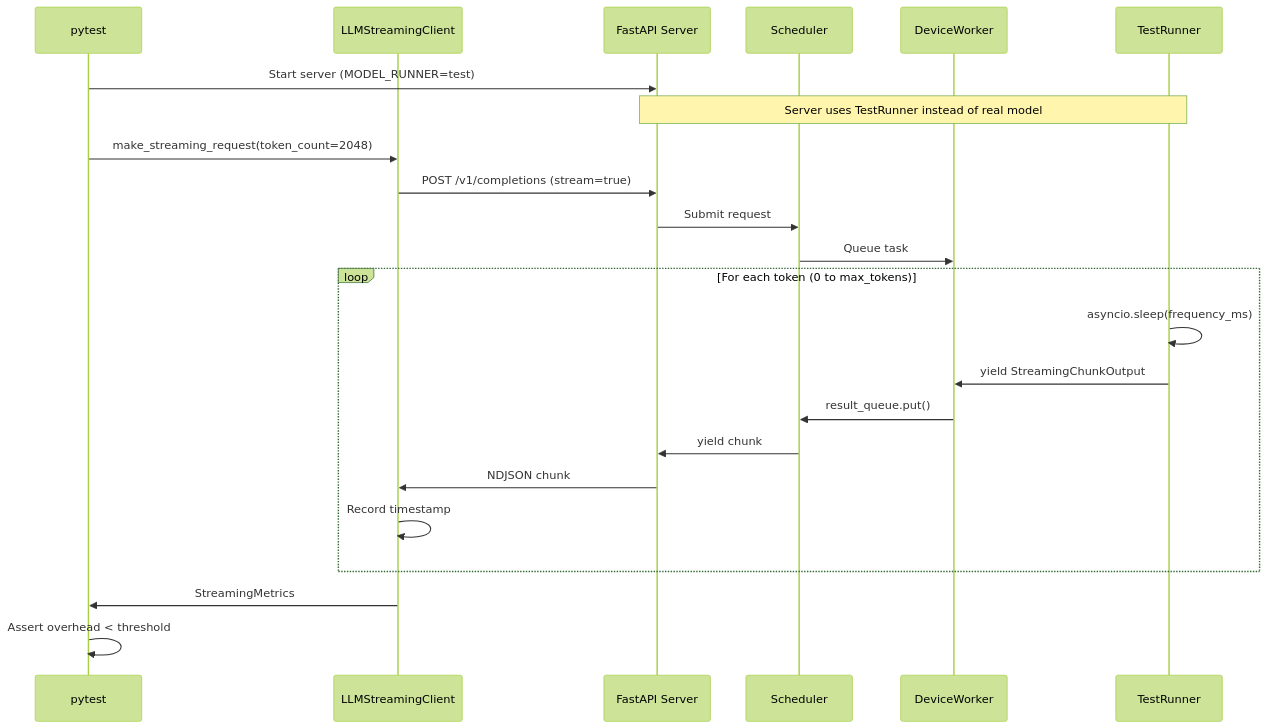
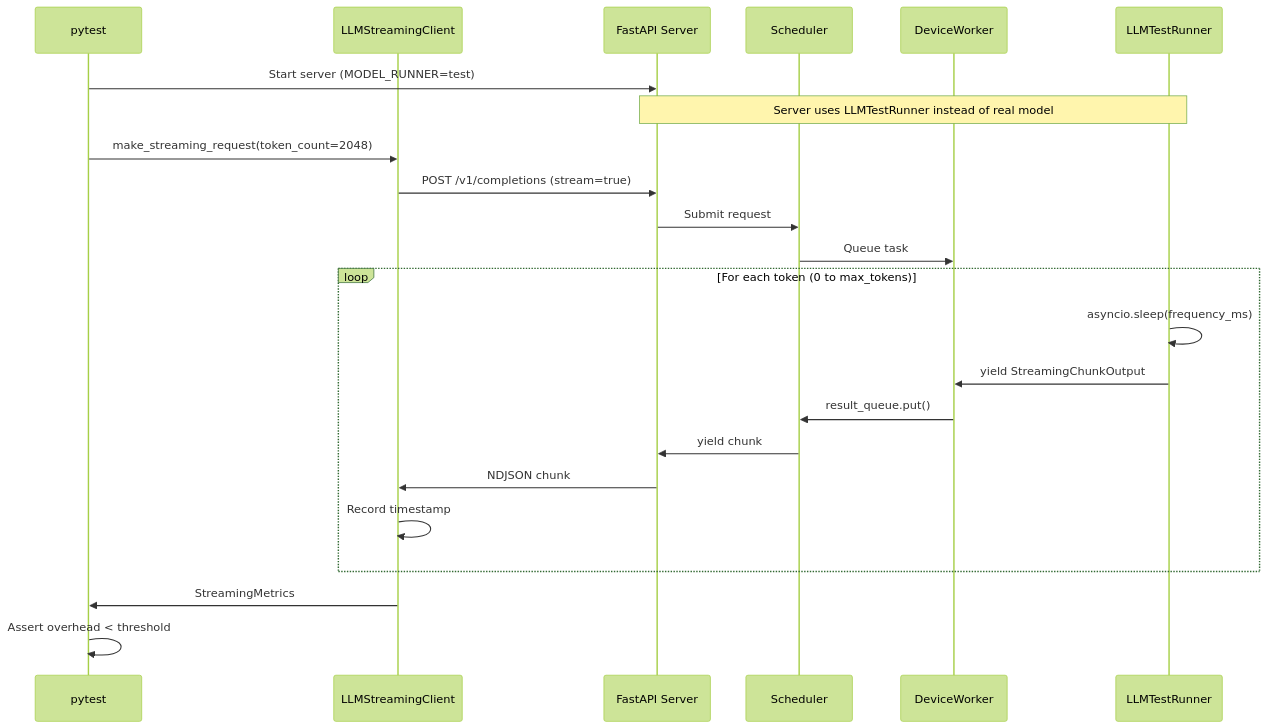
One commit to tenstorrent/tt-inference-server changed the diagram in tt-media-server/performance_tests/README.md. Above: the diagram before and after it, drawn with Mermaid (forest theme). The commit also changed other lines of this file and 6 other files, not shown here.

````diff
--- a/tt-media-server/performance_tests/README.md
+++ b/tt-media-server/performance_tests/README.md
@@ -7,29 +7,29 @@
 ```mermaid
 sequenceDiagram
     participant Test as pytest
     participant Client as LLMStreamingClient
     participant Server as FastAPI Server
     participant Scheduler as Scheduler
     participant Worker as DeviceWorker
-    participant Runner as TestRunner
+    participant Runner as LLMTestRunner
 
     Test->>Server: Start server (MODEL_RUNNER=test)
-    Note over Server,Runner: Server uses TestRunner instead of real model
+    Note over Server,Runner: Server uses LLMTestRunner instead of real model
 
     Test->>Client: make_streaming_request(token_count=2048)
     Client->>Server: POST /v1/completions (stream=true)
     Server->>Scheduler: Submit request
     Scheduler->>Worker: Queue task
 
     loop For each token (0 to max_tokens)
         Runner->>Runner: asyncio.sleep(frequency_ms)
         Runner->>Worker: yield StreamingChunkOutput
         Worker->>Scheduler: result_queue.put()
         Scheduler->>Server: yield chunk
         Server->>Client: NDJSON chunk
         Client->>Client: Record timestamp
     end
 
     Client->>Test: StreamingMetrics
     Test->>Test: Assert overhead < threshold
 ```
````
